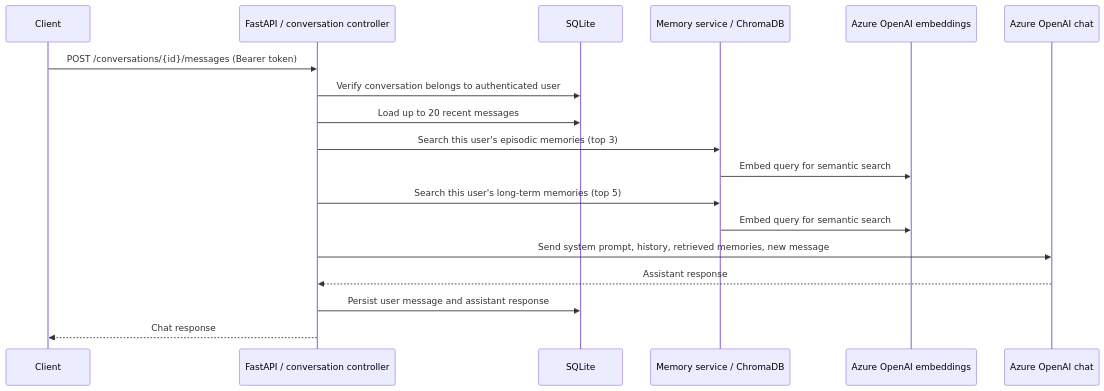
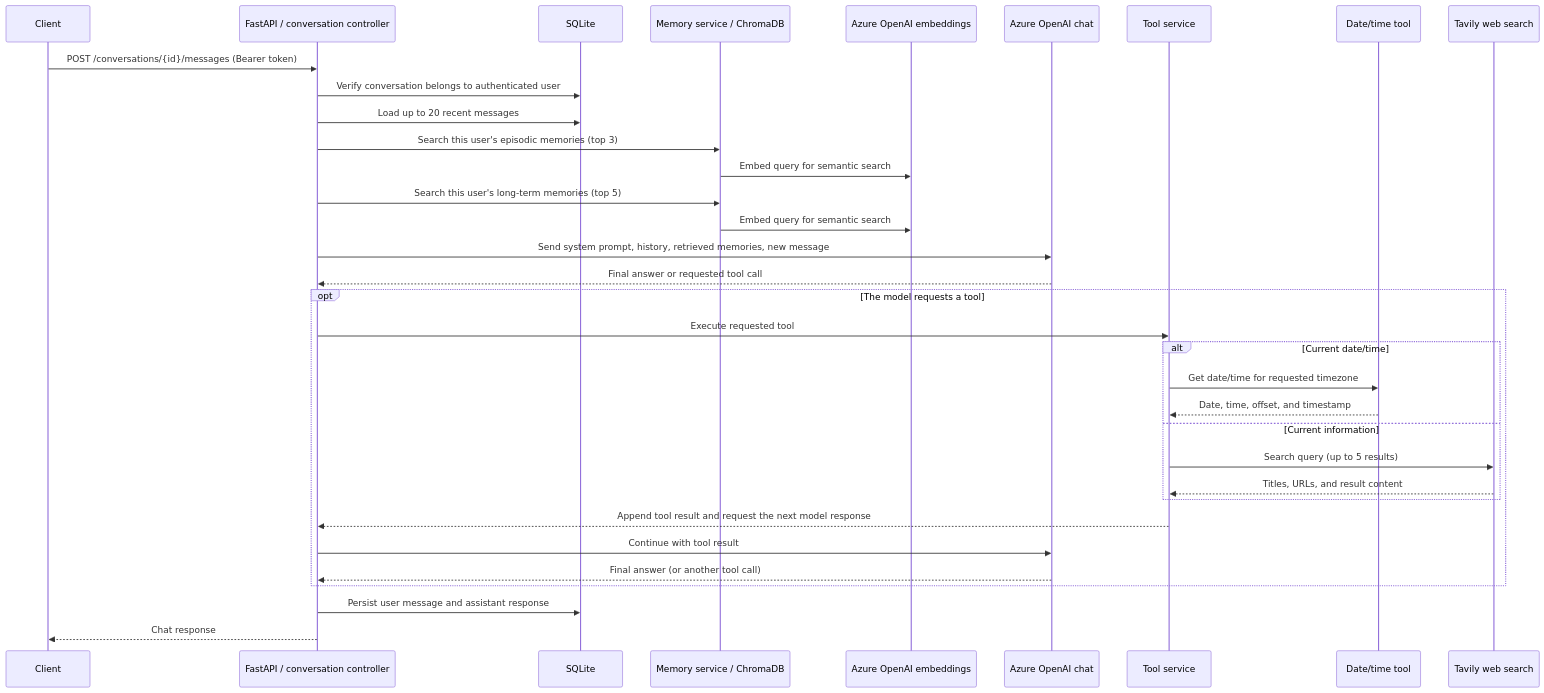
The second of 4 diagrams in README.md (ritikdhote02/AI-Chatbot-Assistant), drawn with Mermaid before and after one commit. The commit also changed other lines of this file and 8 other files, not shown here.

````diff
--- a/README.md
+++ b/README.md
@@ -104,21 +115,37 @@
 ```mermaid
 sequenceDiagram
     participant Client
     participant API as FastAPI / conversation controller
     participant DB as SQLite
     participant Memory as Memory service / ChromaDB
     participant Embed as Azure OpenAI embeddings
     participant Chat as Azure OpenAI chat
+    participant Tools as Tool service
+    participant DateTime as Date/time tool
+    participant Tavily as Tavily web search
 
     Client->>API: POST /conversations/{id}/messages (Bearer token)
     API->>DB: Verify conversation belongs to authenticated user
     API->>DB: Load up to 20 recent messages
     API->>Memory: Search this user's episodic memories (top 3)
     Memory->>Embed: Embed query for semantic search
     API->>Memory: Search this user's long-term memories (top 5)
     Memory->>Embed: Embed query for semantic search
     API->>Chat: Send system prompt, history, retrieved memories, new message
-    Chat-->>API: Assistant response
+    Chat-->>API: Final answer or requested tool call
+    opt The model requests a tool
+        API->>Tools: Execute requested tool
+        alt Current date/time
+            Tools->>DateTime: Get date/time for requested timezone
+            DateTime-->>Tools: Date, time, offset, and timestamp
+        else Current information
+            Tools->>Tavily: Search query (up to 5 results)
+            Tavily-->>Tools: Titles, URLs, and result content
+        end
+        Tools-->>API: Append tool result and request the next model response
+        API->>Chat: Continue with tool result
+        Chat-->>API: Final answer (or another tool call)
+    end
     API->>DB: Persist user message and assistant response
     API-->>Client: Chat response
 ```
````
